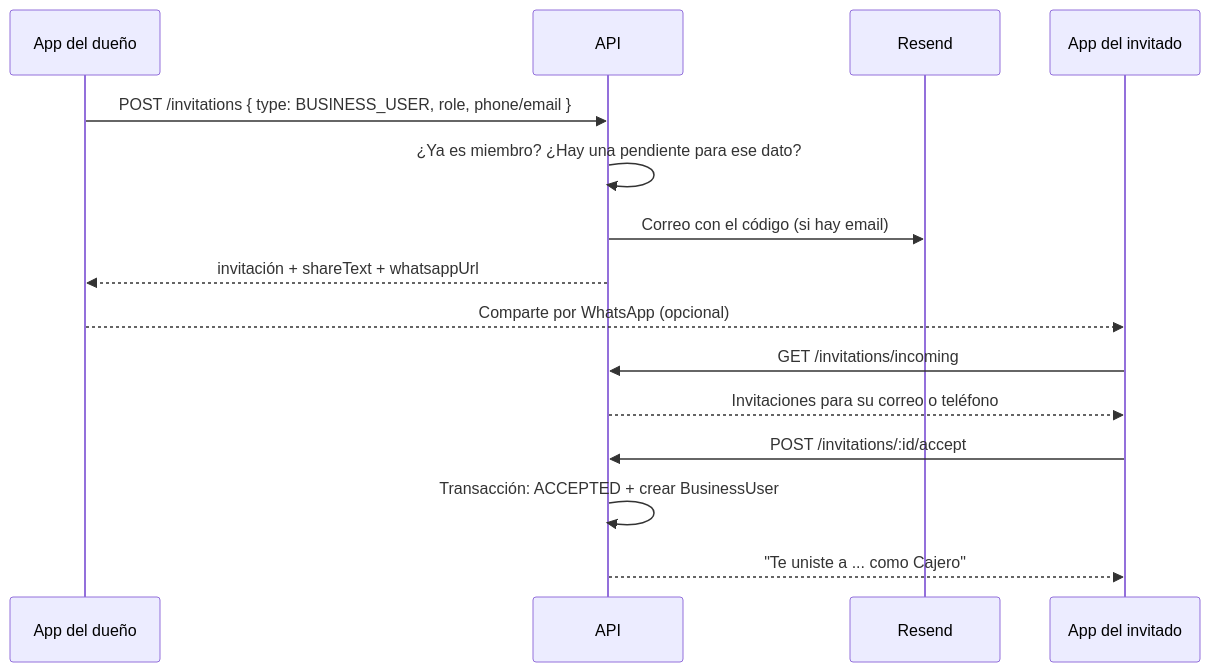
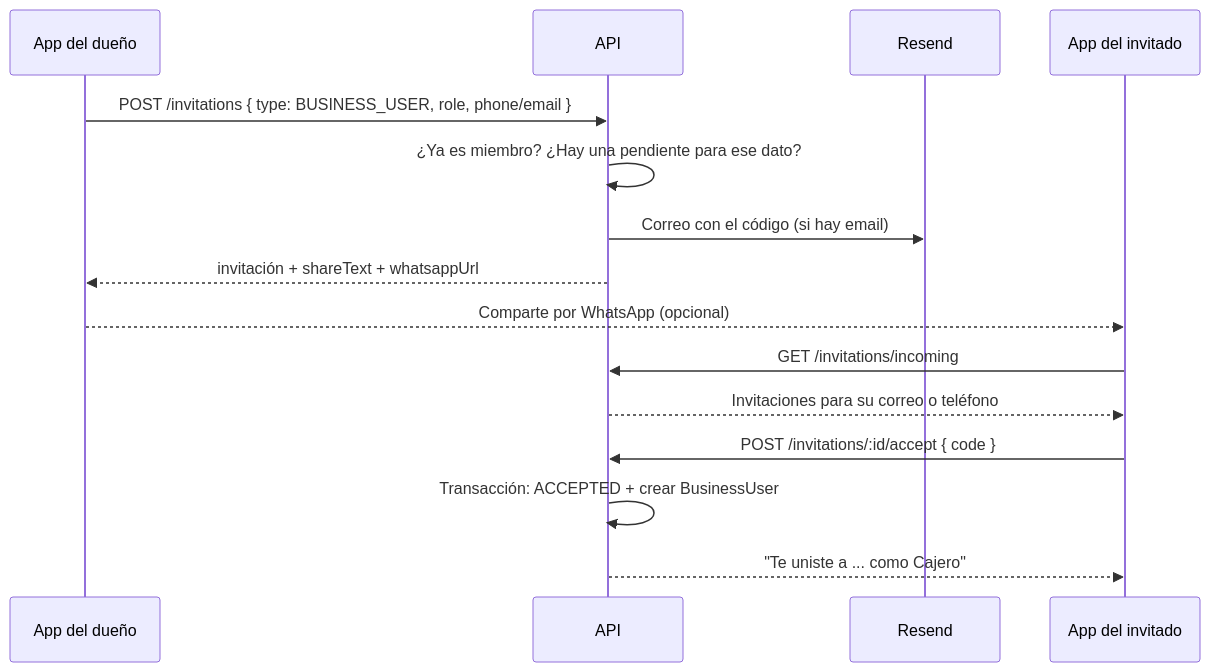
Before and after one commit to Carbal23/appuntao-backend: the second of 2 diagrams in docs/modulos/invitations.md, drawn with Mermaid. The commit also changed other lines of this file and 65 other files, not shown here.

````diff
--- a/docs/modulos/invitations.md
+++ b/docs/modulos/invitations.md
@@ -124,17 +124,17 @@
 ```mermaid
 sequenceDiagram
     participant Dueño as App del dueño
     participant API
     participant Correo as Resend
     participant Invitado as App del invitado
     Dueño->>API: POST /invitations { type: BUSINESS_USER, role, phone/email }
     API->>API: ¿Ya es miembro? ¿Hay una pendiente para ese dato?
     API->>Correo: Correo con el código (si hay email)
     API-->>Dueño: invitación + shareText + whatsappUrl
     Dueño-->>Invitado: Comparte por WhatsApp (opcional)
     Invitado->>API: GET /invitations/incoming
     API-->>Invitado: Invitaciones para su correo o teléfono
-    Invitado->>API: POST /invitations/:id/accept
+    Invitado->>API: POST /invitations/:id/accept { code }
     API->>API: Transacción: ACCEPTED + crear BusinessUser
     API-->>Invitado: "Te uniste a ... como Cajero"
 ```
````
